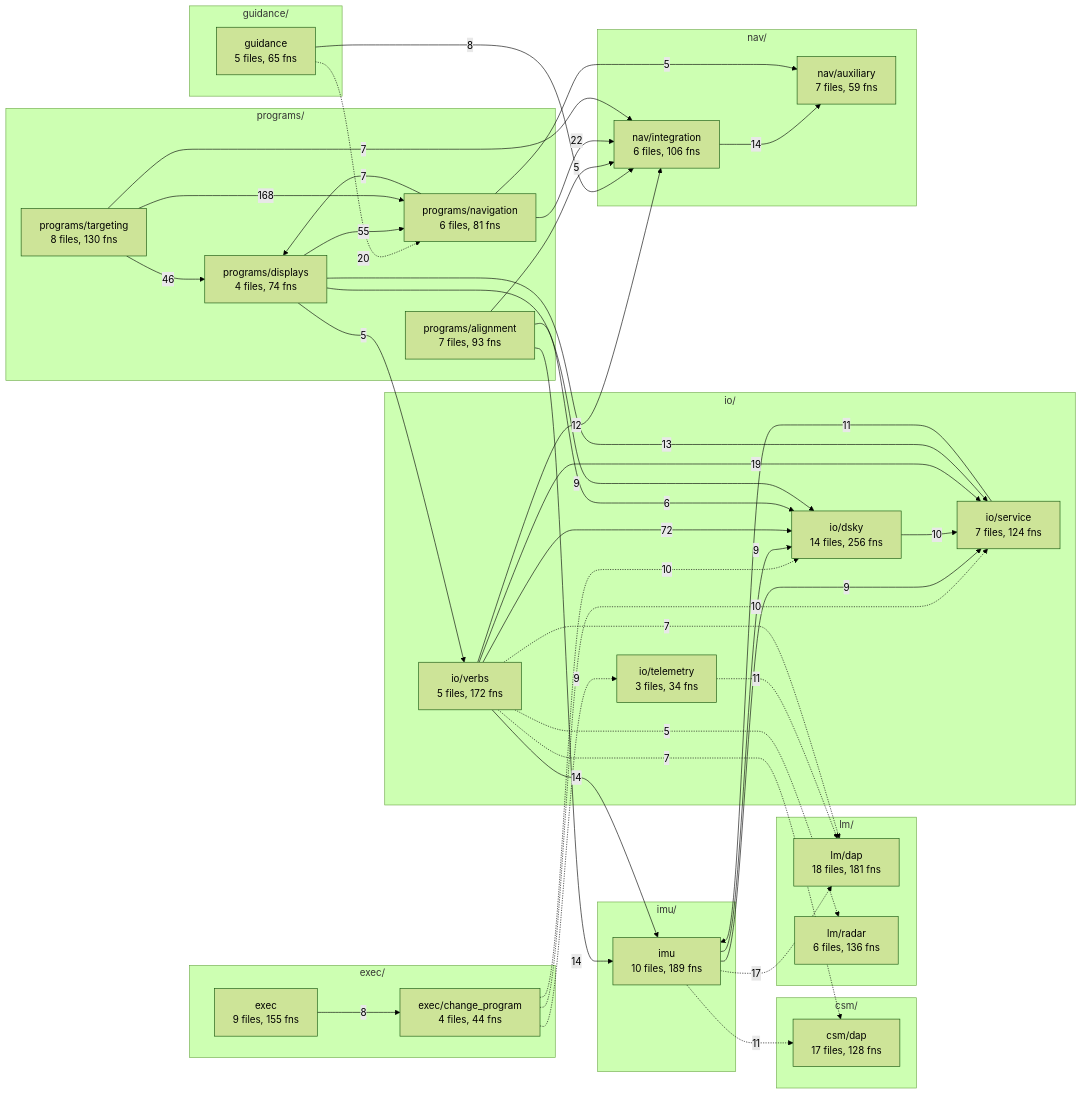
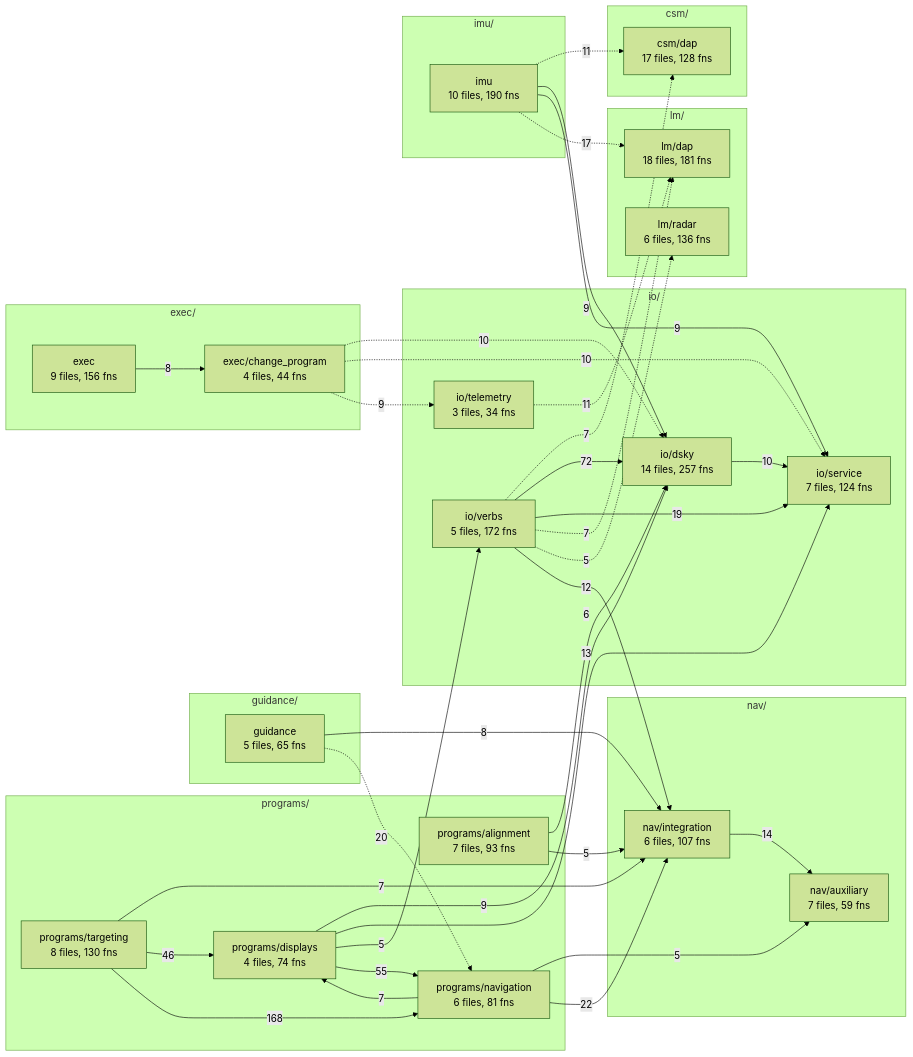
The fifth of 5 diagrams in docs/overview/README.md (bobjoe400/apollo-c), drawn with Mermaid (forest theme) before and after one commit. The commit also changed other lines of this file and 67 other files, not shown here.

First line of the commit message:
document: program-flow sections in every lane note, TIPS by topic, README Status/Documentation, overview and xref regenerated

````diff
--- a/docs/overview/README.md
+++ b/docs/overview/README.md
@@ -549,70 +525,67 @@
 ```mermaid
 flowchart LR
     subgraph csm_layer["csm/"]
         csm_dap["csm/dap<br/>17 files, 128 fns"]
     end
     subgraph lm_layer["lm/"]
         lm_dap["lm/dap<br/>18 files, 181 fns"]
         lm_radar["lm/radar<br/>6 files, 136 fns"]
     end
     subgraph programs_layer["programs/"]
         programs_alignment["programs/alignment<br/>7 files, 93 fns"]
         programs_displays["programs/displays<br/>4 files, 74 fns"]
         programs_navigation["programs/navigation<br/>6 files, 81 fns"]
         programs_targeting["programs/targeting<br/>8 files, 130 fns"]
     end
     subgraph guidance_layer["guidance/"]
         guidance["guidance<br/>5 files, 65 fns"]
     end
     subgraph io_layer["io/"]
-        io_dsky["io/dsky<br/>14 files, 256 fns"]
+        io_dsky["io/dsky<br/>14 files, 257 fns"]
         io_service["io/service<br/>7 files, 124 fns"]
         io_telemetry["io/telemetry<br/>3 files, 34 fns"]
         io_verbs["io/verbs<br/>5 files, 172 fns"]
     end
     subgraph imu_layer["imu/"]
-        imu["imu<br/>10 files, 189 fns"]
+        imu["imu<br/>10 files, 190 fns"]
     end
     subgraph nav_layer["nav/"]
         nav_auxiliary["nav/auxiliary<br/>7 files, 59 fns"]
-        nav_integration["nav/integration<br/>6 files, 106 fns"]
+        nav_integration["nav/integration<br/>6 files, 107 fns"]
     end
     subgraph exec_layer["exec/"]
-        exec["exec<br/>9 files, 155 fns"]
+        exec["exec<br/>9 files, 156 fns"]
         exec_change_program["exec/change_program<br/>4 files, 44 fns"]
     end
     exec -->|8| exec_change_program
     exec_change_program -.->|10| io_dsky
     exec_change_program -.->|10| io_service
     exec_change_program -.->|9| io_telemetry
     guidance -->|8| nav_integration
     guidance -.->|20| programs_navigation
     imu -.->|11| csm_dap
     imu -->|9| io_dsky
     imu -->|9| io_service
     imu -.->|17| lm_dap
     io_dsky -->|10| io_service
-    io_service -->|11| imu
     io_telemetry -.->|11| lm_dap
     io_verbs -.->|7| csm_dap
-    io_verbs -->|14| imu
     io_verbs -->|72| io_dsky
     io_verbs -->|19| io_service
     io_verbs -.->|7| lm_dap
     io_verbs -.->|5| lm_radar
     io_verbs -->|12| nav_integration
     nav_integration -->|14| nav_auxiliary
-    programs_alignment -->|14| imu
     programs_alignment -->|6| io_dsky
     programs_alignment -->|5| nav_integration
     programs_displays -->|9| io_dsky
     programs_displays -->|13| io_service
     programs_displays -->|5| io_verbs
     programs_displays -->|55| programs_navigation
     programs_navigation -->|5| nav_auxiliary
     programs_navigation -->|22| nav_integration
     programs_navigation -->|7| programs_displays
     programs_targeting -->|7| nav_integration
     programs_targeting -->|46| programs_displays
     programs_targeting -->|168| programs_navigation
 ```
````
